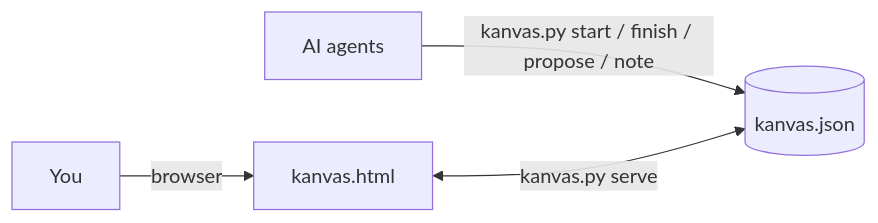
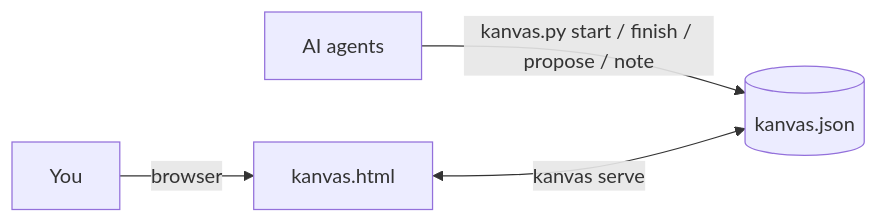
Before and after one commit to JMAgundezG/Kanvas: the diagram in README.md, drawn with Mermaid. The commit also changed other lines of this file and 1 other file, not shown here.

First line of the commit message:
Document installing Kanvas as the kanvas command with uv

````diff
--- a/README.md
+++ b/README.md
@@ -46,6 +104,6 @@
 ```mermaid
 flowchart LR
     agent["AI agents"] -- "kanvas.py start / finish / propose / note" --> board[("kanvas.json")]
     you["You"] -- "browser" --> page["kanvas.html"]
-    page <-- "kanvas.py serve" --> board
+    page <-- "kanvas serve" --> board
 ```
````
